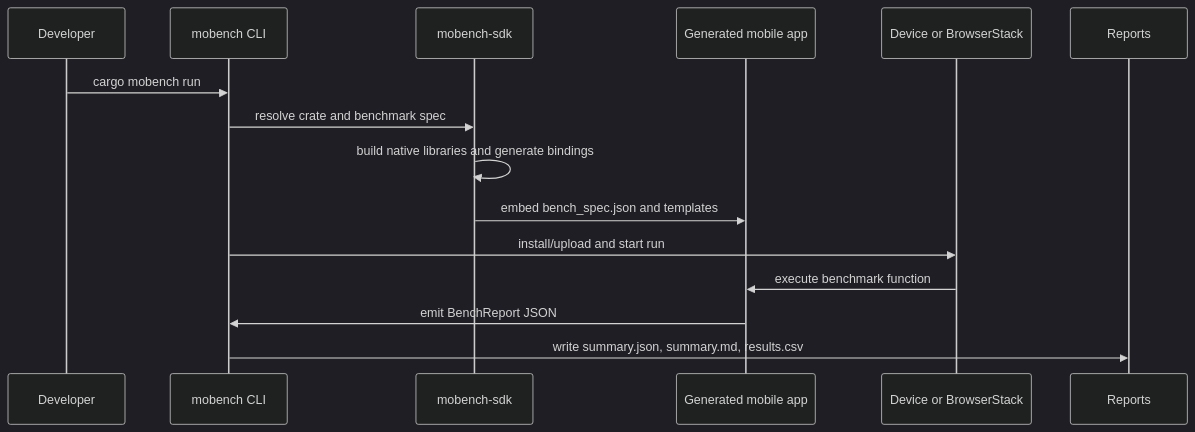
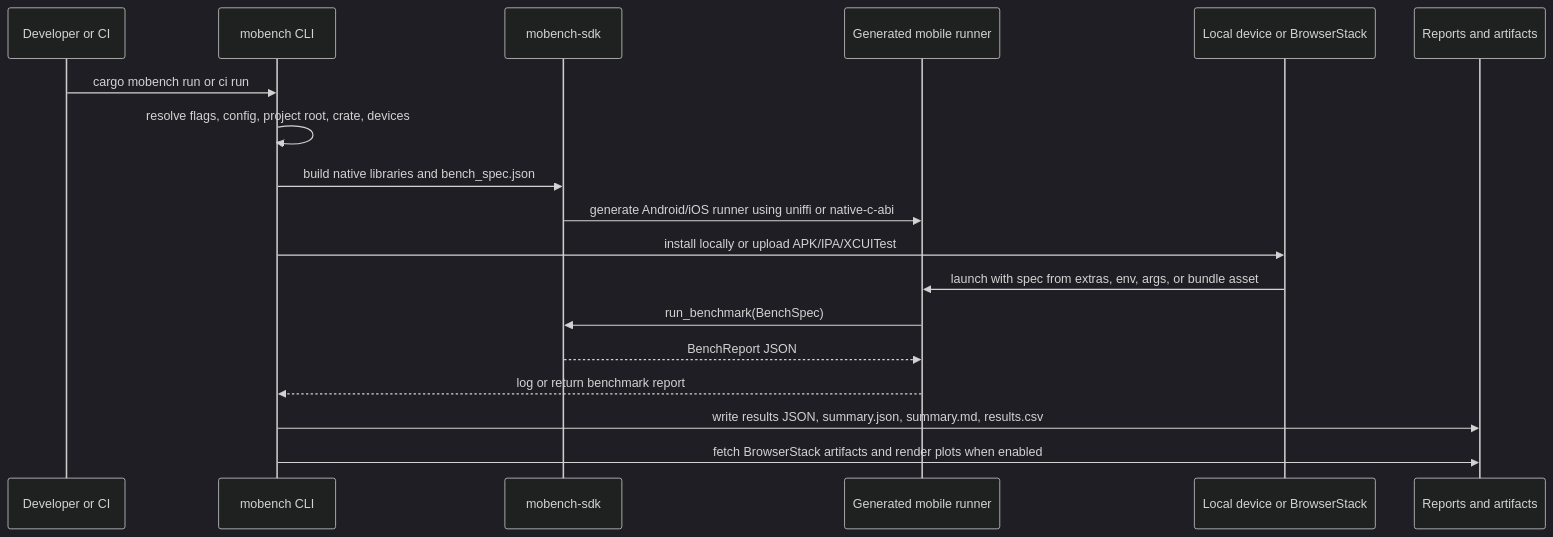
Before and after one commit to worldcoin/mobile-bench-rs: the second of 5 diagrams in README.md, drawn with Mermaid (dark theme). The commit also changed other lines of this file and 47 other files, not shown here.

````diff
--- a/README.md
+++ b/README.md
@@ -53,18 +89,21 @@
 ```mermaid
 sequenceDiagram
-    participant Dev as Developer
+    participant Dev as Developer or CI
     participant CLI as mobench CLI
     participant SDK as mobench-sdk
-    participant App as Generated mobile app
-    participant Device as Device or BrowserStack
-    participant Reports as Reports
+    participant Runner as Generated mobile runner
+    participant Device as Local device or BrowserStack
+    participant Reports as Reports and artifacts
 
-    Dev->>CLI: cargo mobench run
-    CLI->>SDK: resolve crate and benchmark spec
-    SDK->>SDK: build native libraries and generate bindings
-    SDK->>App: embed bench_spec.json and templates
-    CLI->>Device: install/upload and start run
-    Device->>App: execute benchmark function
-    App->>CLI: emit BenchReport JSON
-    CLI->>Reports: write summary.json, summary.md, results.csv
+    Dev->>CLI: cargo mobench run or ci run
+    CLI->>CLI: resolve flags, config, project root, crate, devices
+    CLI->>SDK: build native libraries and bench_spec.json
+    SDK->>Runner: generate Android/iOS runner using uniffi or native-c-abi
+    CLI->>Device: install locally or upload APK/IPA/XCUITest
+    Device->>Runner: launch with spec from extras, env, args, or bundle asset
+    Runner->>SDK: run_benchmark(BenchSpec)
+    SDK-->>Runner: BenchReport JSON
+    Runner-->>CLI: log or return benchmark report
+    CLI->>Reports: write results JSON, summary.json, summary.md, results.csv
+    CLI->>Reports: fetch BrowserStack artifacts and render plots when enabled
 ```
````
